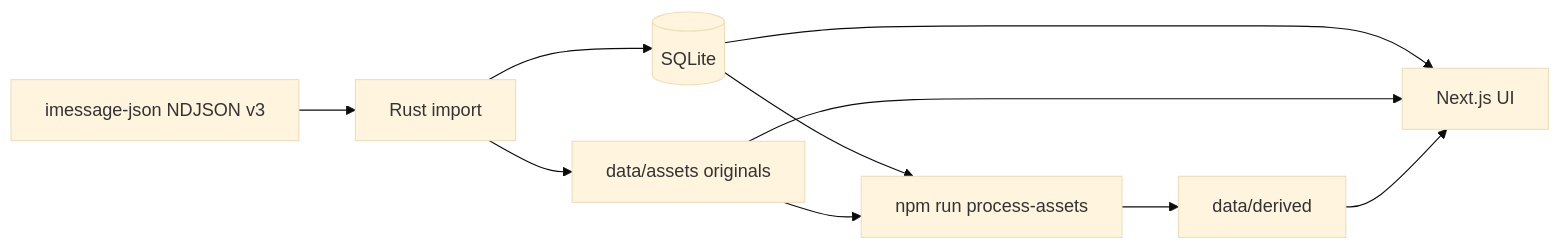
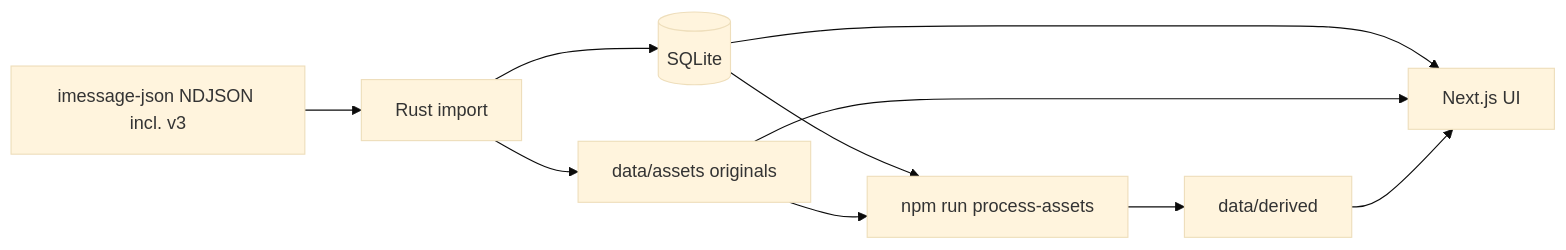
Before and after one commit to bitrealm-dev/message-vault-rs: the diagram in README.md, drawn with Mermaid (base theme). The commit also changed other lines of this file and 3 other files, not shown here.

First line of the commit message:
Import imessage-json v3 NDJSON without storing unused fields.

````diff
--- a/README.md
+++ b/README.md
@@ -145,12 +145,12 @@
 ```mermaid
 flowchart LR
-  export[imessage-json NDJSON v3] --> import[Rust import]
+  export[imessage-json NDJSON incl. v3] --> import[Rust import]
   import --> assets[data/assets originals]
   import --> db[(SQLite)]
   db --> process[npm run process-assets]
   assets --> process
   process --> derived[data/derived]
   db --> web[Next.js UI]
   assets --> web
   derived --> web
 ```
````
